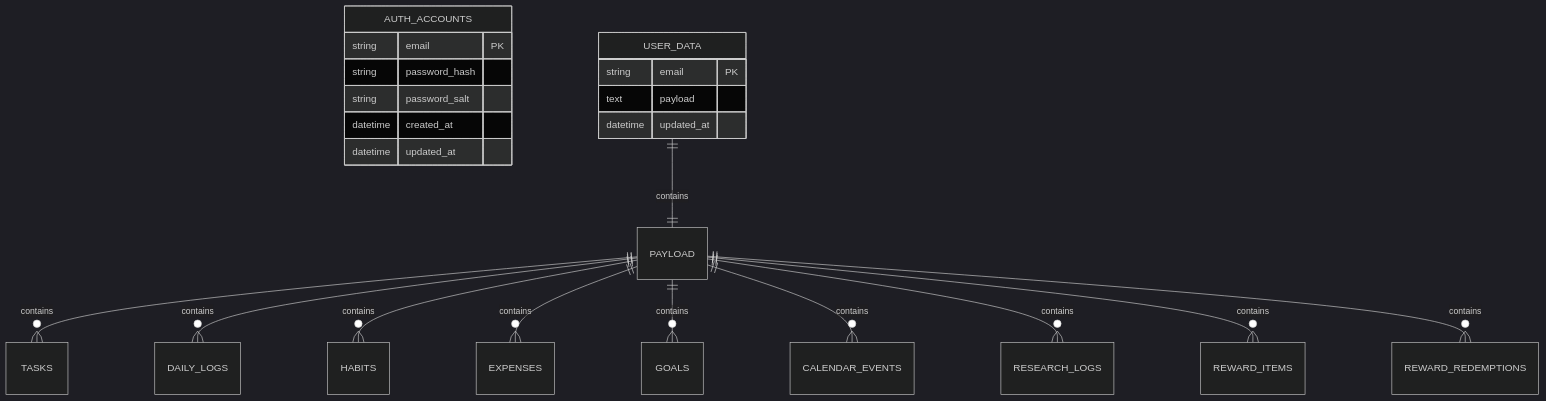
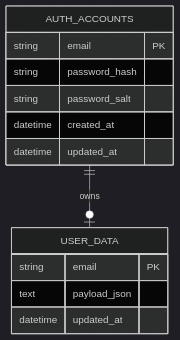
One commit to shihyujhen/gradflow changed the fifth of 6 diagrams in README.md. Above: the diagram before and after it, drawn with Mermaid (dark theme). The commit also changed other lines of this file and 1 other file, not shown here.

````diff
--- a/README.md
+++ b/README.md
@@ -91,27 +159,18 @@
 ```mermaid
 erDiagram
     AUTH_ACCOUNTS {
         string email PK
         string password_hash
         string password_salt
         datetime created_at
         datetime updated_at
     }
 
     USER_DATA {
         string email PK
-        text payload
+        text payload_json
         datetime updated_at
     }
 
-    USER_DATA ||--|| PAYLOAD : contains
-    PAYLOAD ||--o{ TASKS : contains
-    PAYLOAD ||--o{ DAILY_LOGS : contains
-    PAYLOAD ||--o{ HABITS : contains
-    PAYLOAD ||--o{ EXPENSES : contains
-    PAYLOAD ||--o{ GOALS : contains
-    PAYLOAD ||--o{ CALENDAR_EVENTS : contains
-    PAYLOAD ||--o{ RESEARCH_LOGS : contains
-    PAYLOAD ||--o{ REWARD_ITEMS : contains
-    PAYLOAD ||--o{ REWARD_REDEMPTIONS : contains
+    AUTH_ACCOUNTS ||--o| USER_DATA : owns
 ```
````
